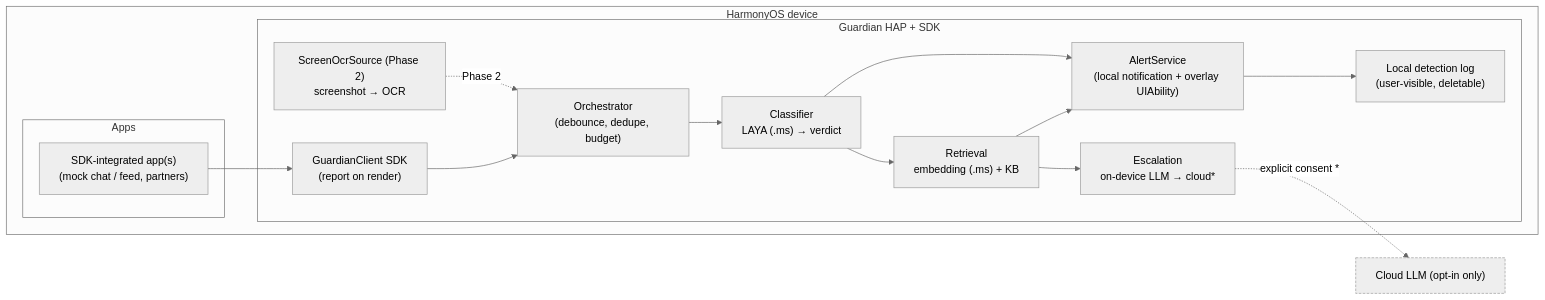
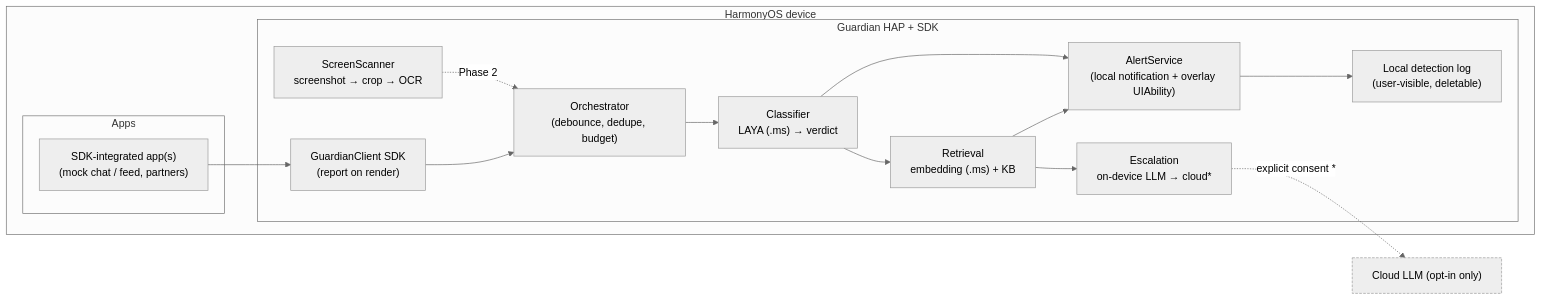
Before and after one commit to jgeb28/hackyeah2026: the diagram in DESIGN.md, drawn with Mermaid (neutral theme). The commit also changed other lines of this file and 3 other files, not shown here.

````diff
--- a/DESIGN.md
+++ b/DESIGN.md
@@ -247,32 +246,32 @@
 ```mermaid
 flowchart LR
   subgraph Device["HarmonyOS device"]
     subgraph Apps["Apps"]
       Partner["SDK-integrated app(s)\n(mock chat / feed, partners)"]
     end
 
     subgraph Guardian["Guardian HAP + SDK"]
       SDK["GuardianClient SDK\n(report on render)"]
-      OCR["ScreenOcrSource (Phase 2)\nscreenshot → OCR"]
+      OCR["ScreenScanner\nscreenshot → crop → OCR"]
       ORCH["Orchestrator\n(debounce, dedupe, budget)"]
       CLS["Classifier\nLAYA (.ms) → verdict"]
       RAG["Retrieval\nembedding (.ms) + KB"]
       ESC["Escalation\non-device LLM → cloud*"]
       UI["AlertService\n(local notification + overlay UIAbility)"]
       LOG["Local detection log\n(user-visible, deletable)"]
     end
 
     Partner --> SDK
     OCR -. Phase 2 .-> ORCH
     SDK --> ORCH
     ORCH --> CLS --> RAG
     CLS --> UI
     RAG --> ESC
     RAG --> UI
     UI --> LOG
   end
   ESC -. explicit consent * .-> Cloud["Cloud LLM (opt-in only)"]
 
   classDef optin stroke-dasharray: 4 2;
   class Cloud optin;
 ```
````
